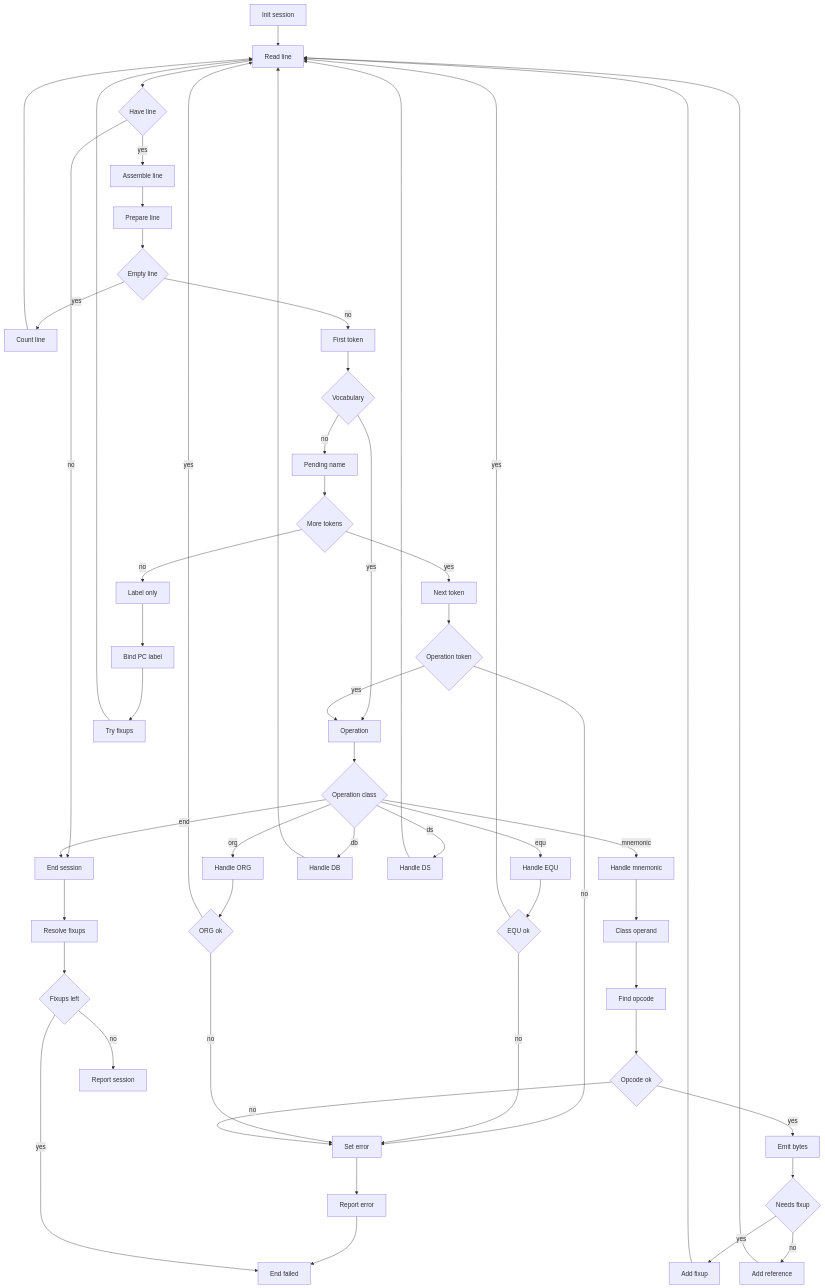
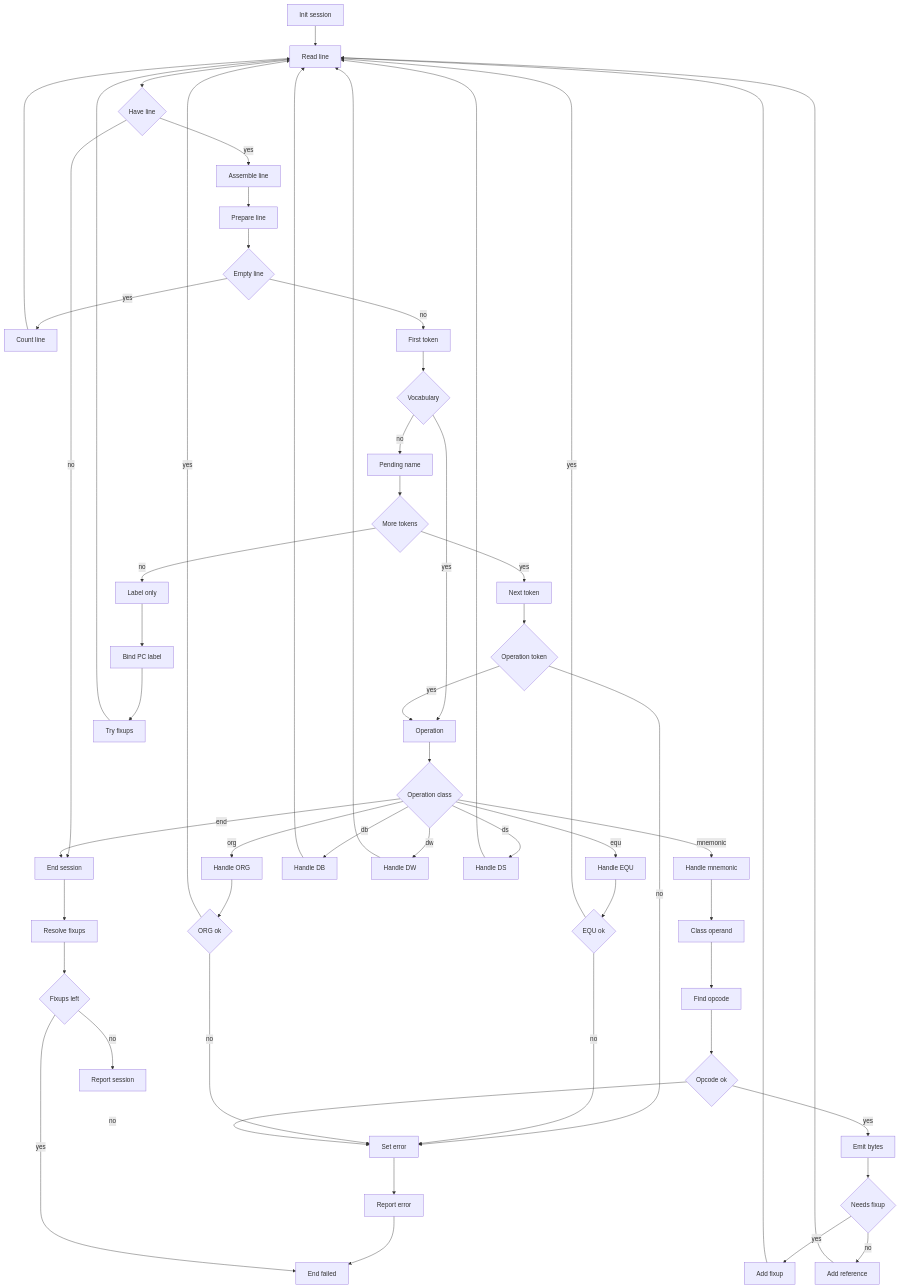
The second of 6 diagrams in DOC/GUIDES/ASM/HASHED_ASM.md (95westus/R-YORS), drawn with Mermaid before and after one commit. The commit also changed other lines of this file and 3 other files, not shown here.

```diff
--- a/DOC/GUIDES/ASM/HASHED_ASM.md
+++ b/DOC/GUIDES/ASM/HASHED_ASM.md
@@ -1996,6 +2000,7 @@
     EQU[Handle EQU]
     ORG[Handle ORG]
     DB[Handle DB]
+    DW[Handle DW]
     DS[Handle DS]
     MNEM[Handle mnemonic]
     EQUOK{EQU ok}
@@ -2040,6 +2045,7 @@
     DISPATCH -->|org| ORG
     DISPATCH -->|end| ENDST
     DISPATCH -->|db| DB
+    DISPATCH -->|dw| DW
     DISPATCH -->|ds| DS
     DISPATCH -->|mnemonic| MNEM
     EQU --> EQUOK
@@ -2059,6 +2065,7 @@
     FIX --> READ
     REF --> READ
     DB --> READ
+    DW --> READ
     DS --> READ
     FAIL --> REPORTFAIL
     REPORTFAIL --> ENDFAIL
```
